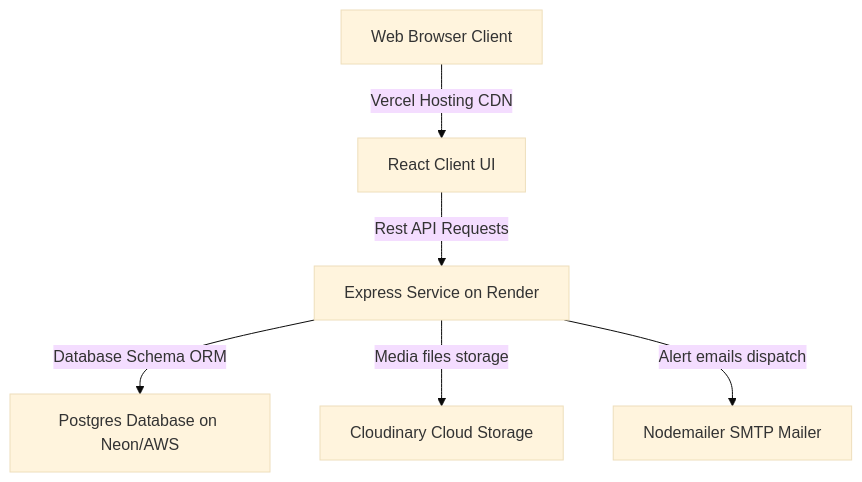
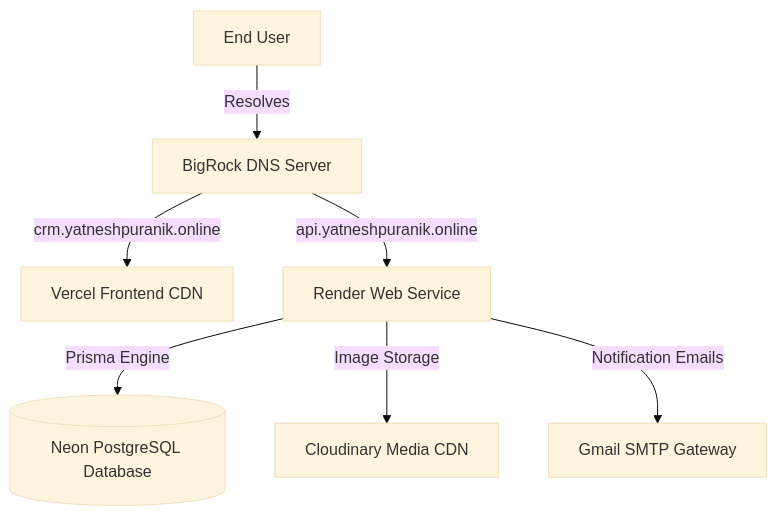
The diagram in DEPLOYMENT.md (yatneshpuranik/NextGen-CRM), drawn with Mermaid (base theme) before and after one commit. The commit also changed other lines of this file and 12 other files, not shown here.

````diff
--- a/DEPLOYMENT.md
+++ b/DEPLOYMENT.md
@@ -9,8 +21,9 @@
 ```mermaid
 graph TD
-    Client[Web Browser Client] -->|Vercel Hosting CDN| Frontend[React Client UI]
-    Frontend -->|Rest API Requests| Backend[Express Service on Render]
-    Backend -->|Database Schema ORM| Database[Postgres Database on Neon/AWS]
-    Backend -->|Media files storage| Cloudinary[Cloudinary Cloud Storage]
-    Backend -->|Alert emails dispatch| SMTP[Nodemailer SMTP Mailer]
+    User[End User] -->|Resolves| DNS[BigRock DNS Server]
+    DNS -->|crm.yatneshpuranik.online| Vercel[Vercel Frontend CDN]
+    DNS -->|api.yatneshpuranik.online| Render[Render Web Service]
+    Render -->|Prisma Engine| Neon[(Neon PostgreSQL Database)]
+    Render -->|Image Storage| Cloudinary[Cloudinary Media CDN]
+    Render -->|Notification Emails| Gmail[Gmail SMTP Gateway]
 ```
````
